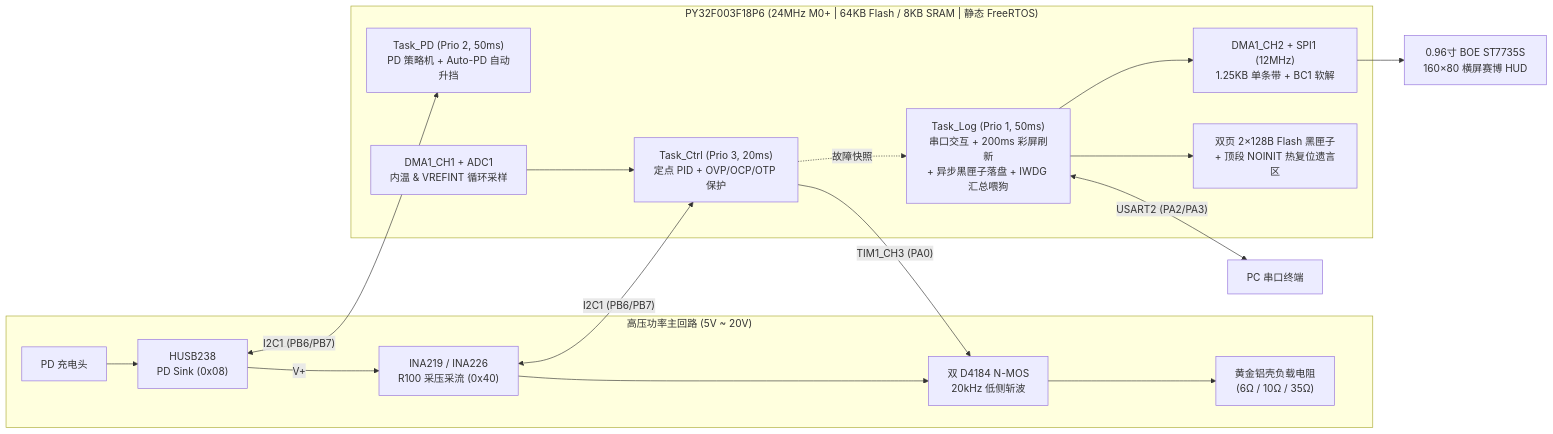
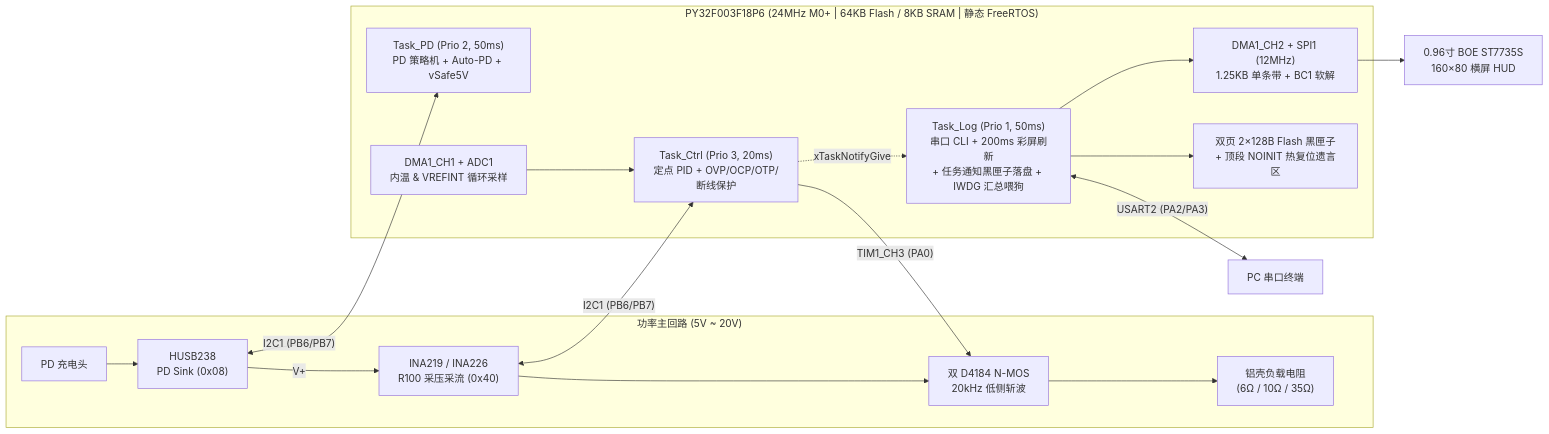
One commit to hu-99/pd_power_ctrl changed the diagram in README.md. Above: the diagram before and after it, drawn with Mermaid. The commit also changed other lines of this file and 13 other files, not shown here.

````diff
--- a/README.md
+++ b/README.md
@@ -67,26 +63,26 @@
 ```mermaid
 flowchart LR
-    subgraph PWR["高压功率主回路 (5V ~ 20V)"]
+    subgraph PWR["功率主回路 (5V ~ 20V)"]
         CHG["PD 充电头"] --> HUSB["HUSB238<br/>PD Sink (0x08)"]
         HUSB -->|"V+"| INA["INA219 / INA226<br/>R100 采压采流 (0x40)"]
         INA --> MOS["双 D4184 N-MOS<br/>20kHz 低侧斩波"]
-        MOS --> LOAD["黄金铝壳负载电阻<br/>(6Ω / 10Ω / 35Ω)"]
+        MOS --> LOAD["铝壳负载电阻<br/>(6Ω / 10Ω / 35Ω)"]
     end
 
     subgraph MCU["PY32F003F18P6 (24MHz M0+ | 64KB Flash / 8KB SRAM | 静态 FreeRTOS)"]
-        TCTRL["Task_Ctrl (Prio 3, 20ms)<br/>定点 PID + OVP/OCP/OTP 保护"]
-        TPD["Task_PD (Prio 2, 50ms)<br/>PD 策略机 + Auto-PD 自动升挡"]
-        TLOG["Task_Log (Prio 1, 50ms)<br/>串口交互 + 200ms 彩屏刷新<br/>+ 异步黑匣子落盘 + IWDG 汇总喂狗"]
+        TCTRL["Task_Ctrl (Prio 3, 20ms)<br/>定点 PID + OVP/OCP/OTP/断线保护"]
+        TPD["Task_PD (Prio 2, 50ms)<br/>PD 策略机 + Auto-PD + vSafe5V"]
+        TLOG["Task_Log (Prio 1, 50ms)<br/>串口 CLI + 200ms 彩屏刷新<br/>+ 任务通知黑匣子落盘 + IWDG 汇总喂狗"]
         DMA1["DMA1_CH1 + ADC1<br/>内温 & VREFINT 循环采样"]
         DMA2["DMA1_CH2 + SPI1 (12MHz)<br/>1.25KB 单条带 + BC1 软解"]
         BBOX["双页 2×128B Flash 黑匣子<br/>+ 顶段 NOINIT 热复位遗言区"]
     end
 
     INA <-->|"I2C1 (PB6/PB7)"| TCTRL
     HUSB <-->|"I2C1 (PB6/PB7)"| TPD
     TCTRL -->|"TIM1_CH3 (PA0)"| MOS
     DMA1 --> TCTRL
-    TLOG --> DMA2 --> TFT["0.96寸 BOE ST7735S<br/>160×80 横屏赛博 HUD"]
-    TCTRL -.->|"故障快照"| TLOG --> BBOX
+    TLOG --> DMA2 --> TFT["0.96寸 BOE ST7735S<br/>160×80 横屏 HUD"]
+    TCTRL -.->|"xTaskNotifyGive"| TLOG --> BBOX
     TLOG <-->|"USART2 (PA2/PA3)"| PC["PC 串口终端"]
 ```
````
